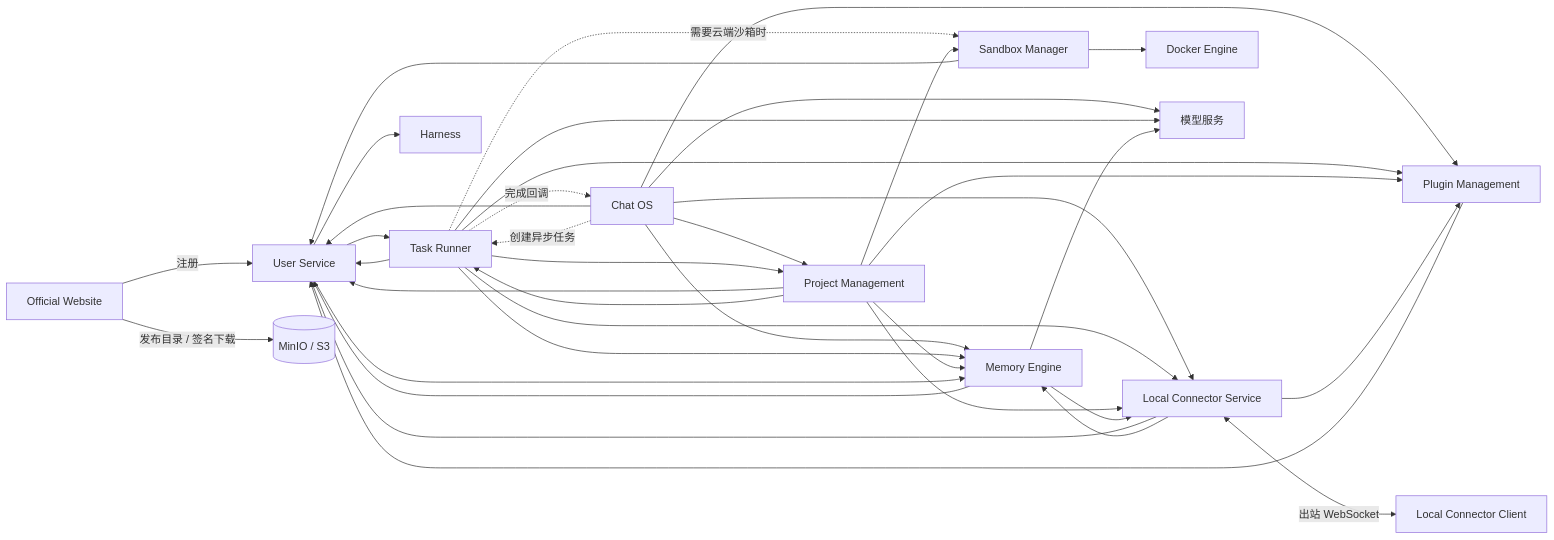
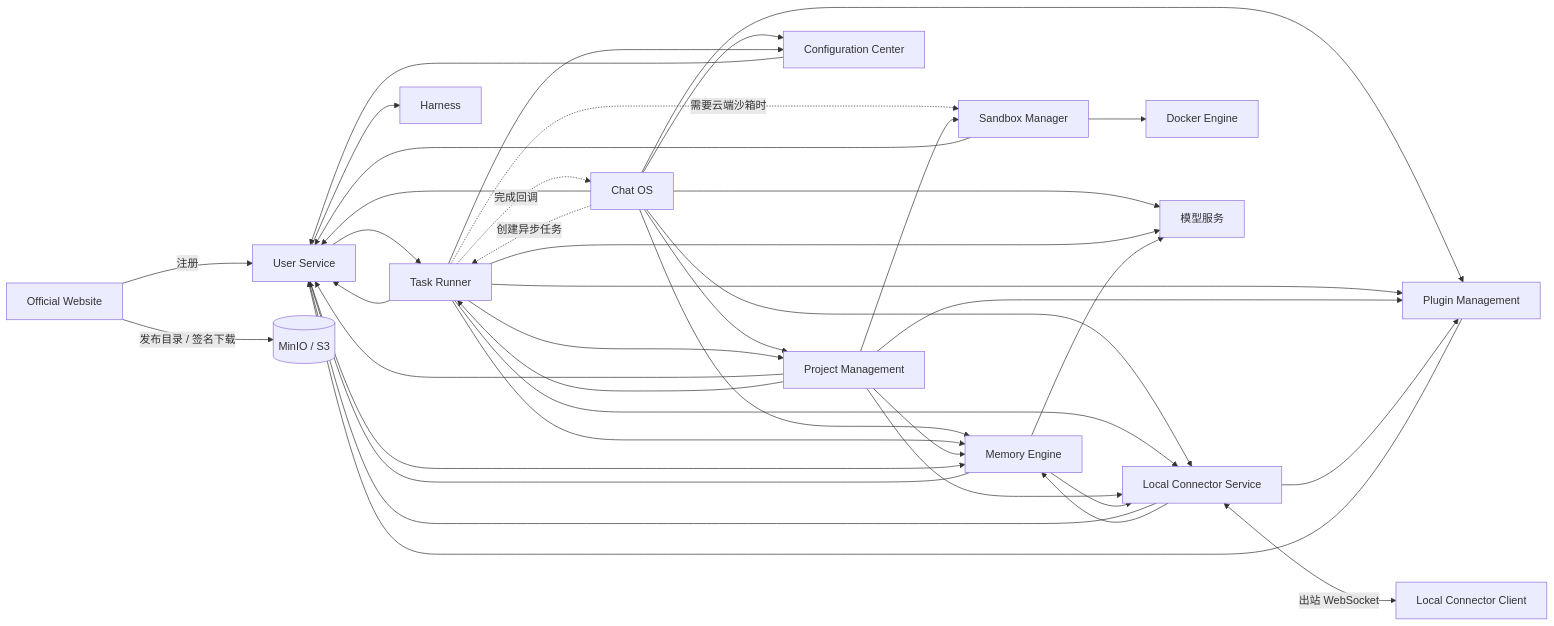
Before and after one commit to leeoohoo/chatos_rs: the second of 7 diagrams in README.md, drawn with Mermaid. The commit also changed other lines of this file and 662 other files, not shown here.

````diff
--- a/README.md
+++ b/README.md
@@ -87,54 +93,58 @@
 ```mermaid
 flowchart LR
     W["Official Website"]
     C["Chat OS"]
     U["User Service"]
     P["Project Management"]
     T["Task Runner"]
+    CC["Configuration Center"]
     G["Plugin Management"]
     M["Memory Engine"]
     L["Local Connector Service"]
     LC["Local Connector Client"]
     S["Sandbox Manager"]
     H["Harness"]
     D["Docker Engine"]
     AI["模型服务"]
     O[("MinIO / S3")]
 
     W -->|"注册"| U
     W -->|"发布目录 / 签名下载"| O
     C --> U
+    C --> CC
     C --> P
     C --> G
     C --> M
     C --> L
     C -. "创建异步任务" .-> T
     T --> U
+    T --> CC
     T --> P
     T --> G
     T --> M
     T --> L
     T -. "需要云端沙箱时" .-> S
     T -. "完成回调" .-> C
     P --> U
     P --> T
     P --> G
     P --> M
     P --> L
     P --> S
     U --> M
     U --> T
     U --> H
     M --> U
     M --> L
     G --> U
     L --> U
     L --> G
     L --> M
     L <-->|"出站 WebSocket"| LC
     S --> U
     S --> D
+    CC --> U
     C --> AI
     T --> AI
     M --> AI
 ```
````
